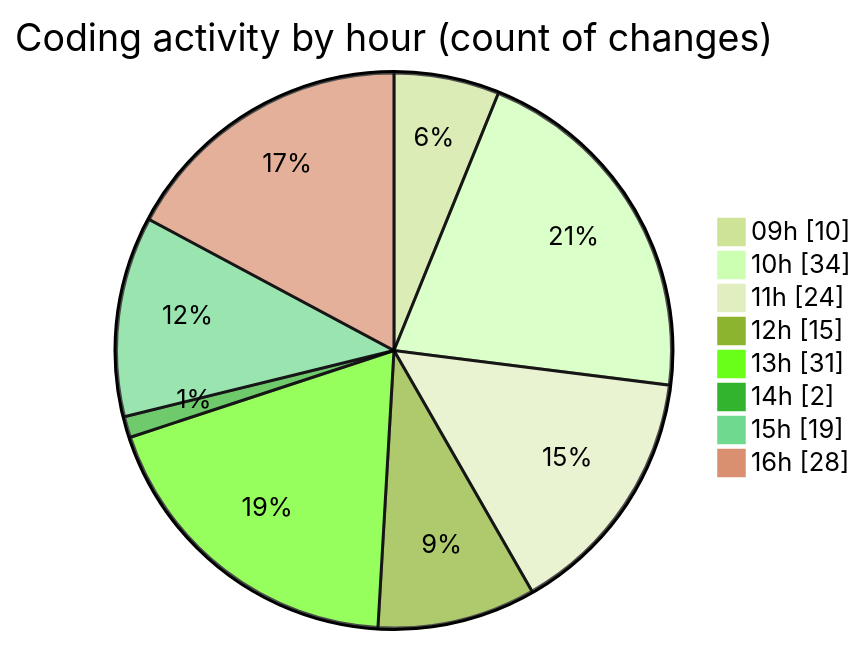
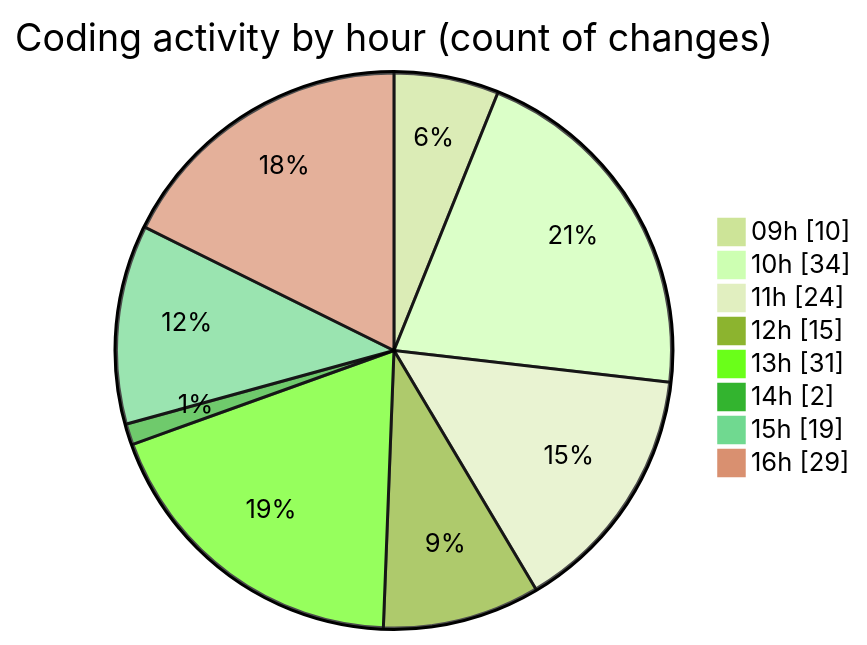
One commit to momahboobian/code-tracking changed the second of 2 diagrams in 2025-09-02/cda/README.md. Above: the diagram before and after it, drawn with Mermaid (forest theme). The commit also changed other lines of this file and 1 other file, not shown here.

````diff
--- a/2025-09-02/cda/README.md
+++ b/2025-09-02/cda/README.md
@@ -41,12 +43,12 @@
 ```mermaid
 pie showData
 title Coding activity by hour (count of changes)
 "09h" : 10
 "10h" : 34
 "11h" : 24
 "12h" : 15
 "13h" : 31
 "14h" : 2
 "15h" : 19
-"16h" : 28
+"16h" : 29
 ```
````
